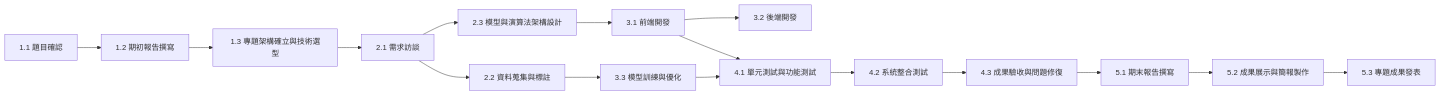
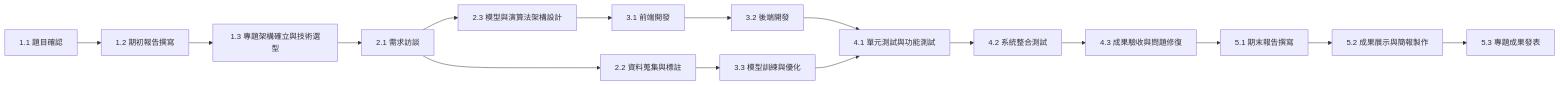
Before and after one commit to hong-wei-qi/campus-traffic-violation-identification-system: the second of 2 diagrams in README.md, drawn with Mermaid.

````diff
--- a/README.md
+++ b/README.md
@@ -46,20 +46,20 @@
 ```mermaid
 graph LR
 
     B[1.1 題目確認] --> C[1.2 期初報告撰寫];
     C --> D[1.3 專題架構確立與技術選型];
     D --> E[2.1 需求訪談];
     E --> F[2.2 資料蒐集與標註];
     E --> G[2.3 模型與演算法架構設計];
     G --> H[3.1 前端開發];
     H --> I[3.2 後端開發];
     F --> J[3.3 模型訓練與優化];
-    H --> K[4.1 單元測試與功能測試];
+    I --> K[4.1 單元測試與功能測試];
     J --> K;
     K --> L[4.2 系統整合測試];
     L --> M[4.3 成果驗收與問題修復];
     M --> N[5.1 期末報告撰寫];
     N --> O[5.2 成果展示與簡報製作];
     O --> P[5.3 專題成果發表];
 
 ```
````
